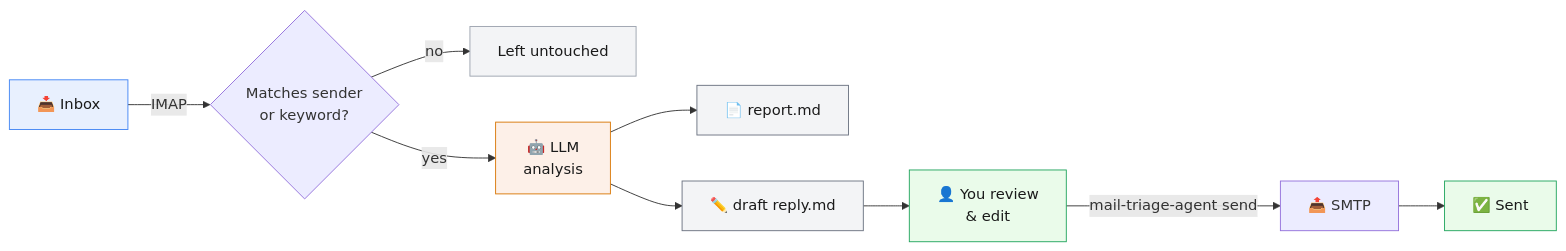
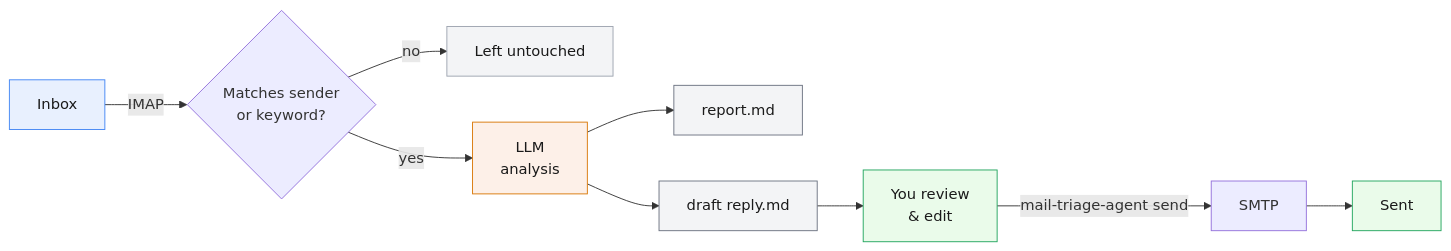
The diagram in README.md (RutkayAzizAksu/mail-triage-agent), drawn with Mermaid before and after one commit.

Commit message:
fix: simplify mermaid diagram for GitHub rendering compatibility
Replace literal \n with <br/> and drop emoji from node labels — GitHub's
bundled mermaid renderer can fail on that combination even though it's
valid syntax in current mermaid.js. Verified with mermaid-cli locally.

````diff
--- a/README.md
+++ b/README.md
@@ -59,19 +59,19 @@
 ```mermaid
 flowchart LR
-    A["📥 Inbox"] -->|IMAP| B{"Matches sender\nor keyword?"}
+    A["Inbox"] -->|IMAP| B{"Matches sender<br/>or keyword?"}
     B -->|no| Z["Left untouched"]
-    B -->|yes| C["🤖 LLM\nanalysis"]
-    C --> D["📄 report.md"]
-    C --> E["✏️ draft reply.md"]
-    E --> F["👤 You review\n& edit"]
-    F -->|"mail-triage-agent send"| G["📤 SMTP"]
-    G --> H["✅ Sent"]
+    B -->|yes| C["LLM<br/>analysis"]
+    C --> D["report.md"]
+    C --> E["draft reply.md"]
+    E --> F["You review<br/>&amp; edit"]
+    F -->|"mail-triage-agent send"| G["SMTP"]
+    G --> H["Sent"]
 
     style A fill:#e8f0fe,stroke:#4285f4,color:#1a1a1a
     style C fill:#fdf0e8,stroke:#d97706,color:#1a1a1a
     style D fill:#f3f4f6,stroke:#6b7280,color:#1a1a1a
     style E fill:#f3f4f6,stroke:#6b7280,color:#1a1a1a
     style F fill:#eafbea,stroke:#22a55e,color:#1a1a1a
     style H fill:#eafbea,stroke:#22a55e,color:#1a1a1a
     style Z fill:#f3f4f6,stroke:#9ca3af,color:#1a1a1a
 ```
````
